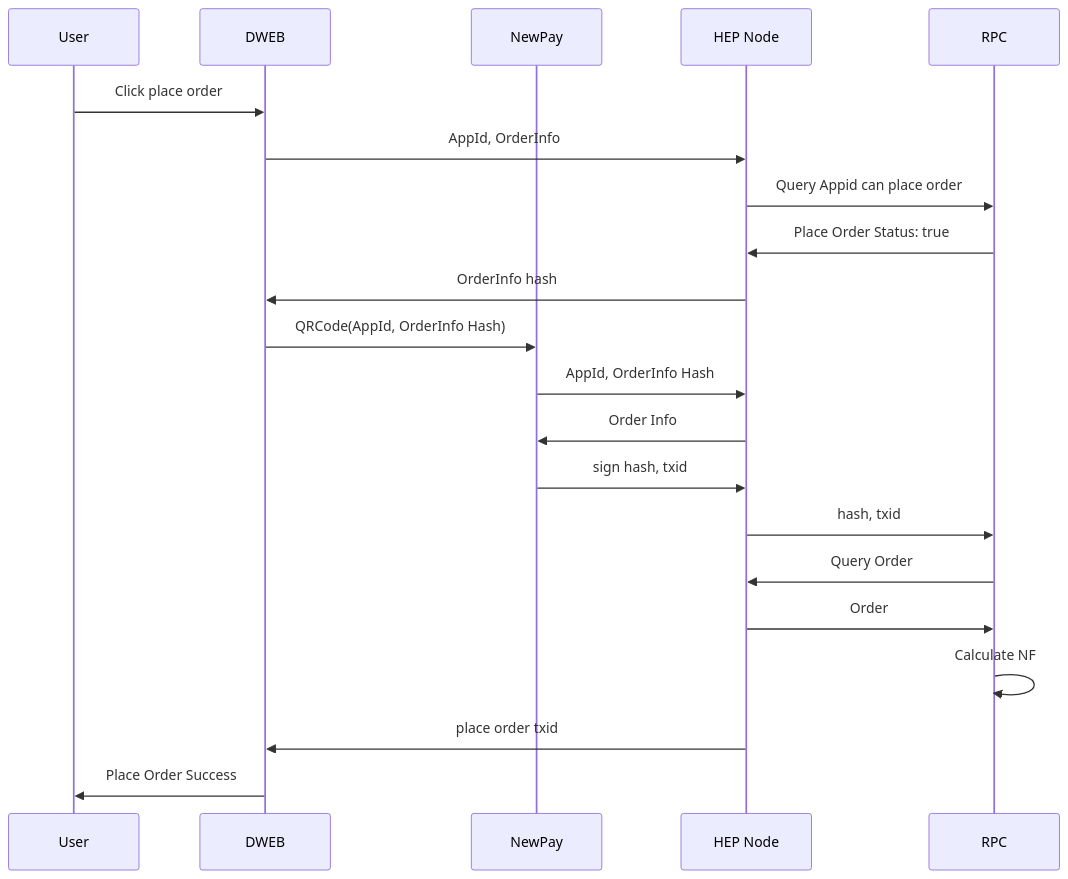
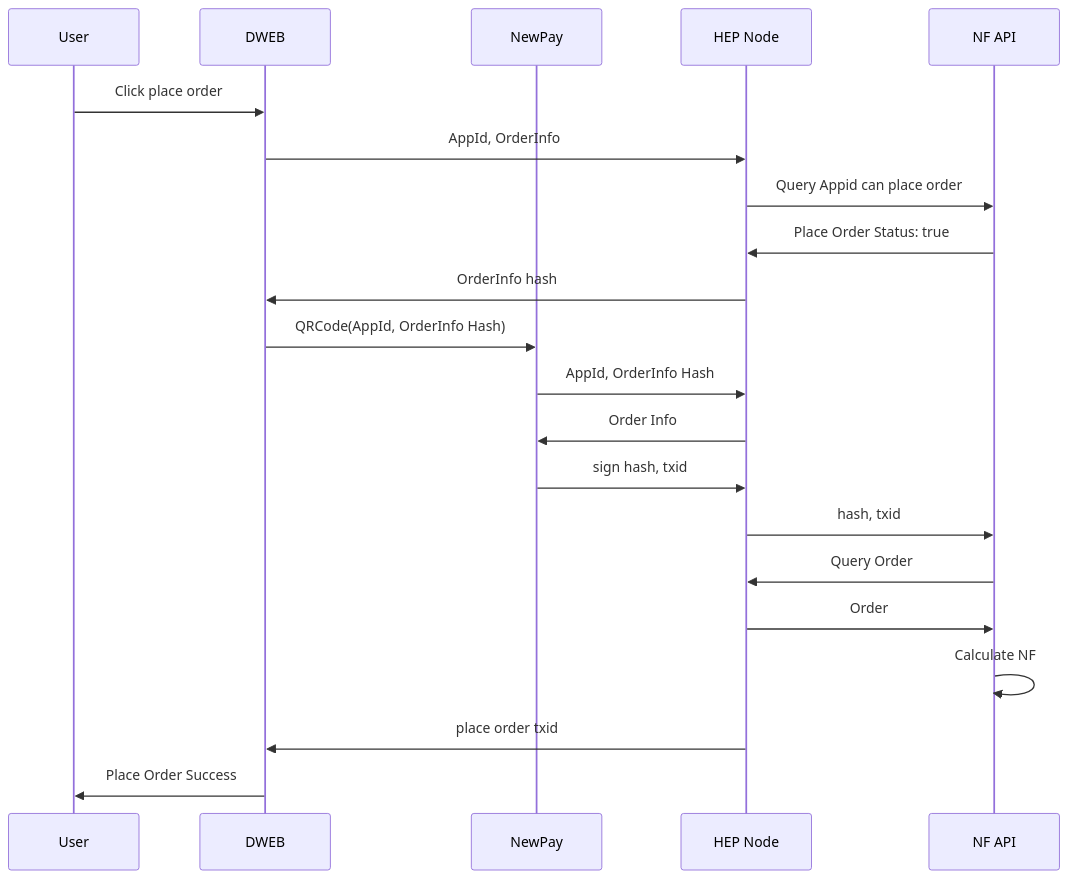
Before and after one commit to newtonproject/HEP-specification: the third of 3 diagrams in hep-node/DWEB.md, drawn with Mermaid.

````diff
--- a/hep-node/DWEB.md
+++ b/hep-node/DWEB.md
@@ -33,23 +33,23 @@
 ```mermaid
 sequenceDiagram;
 	participant User;
 	participant DWEB;
 	participant NewPay;
 	participant HEP Node;
-	participant RPC;
+	participant NF API;
 	User->>DWEB:Click place order;
 	DWEB->>HEP Node:AppId, OrderInfo;
-	HEP Node->>RPC:Query Appid can place order;
-	RPC->>HEP Node:Place Order Status: true;
+	HEP Node->>NF API:Query Appid can place order;
+	NF API->>HEP Node:Place Order Status: true;
 	HEP Node->>DWEB: OrderInfo hash;
 	DWEB->>NewPay: QRCode(AppId, OrderInfo Hash)
 	NewPay->> HEP Node:AppId, OrderInfo Hash;
 	HEP Node->>NewPay:Order Info;
 	NewPay->>HEP Node:sign hash, txid;
-	HEP Node->>RPC:hash, txid;
-	RPC->>HEP Node:Query Order;
-	HEP Node->>RPC:Order;
-	RPC->>RPC: Calculate NF;
+	HEP Node->>NF API:hash, txid;
+	NF API->>HEP Node:Query Order;
+	HEP Node->>NF API:Order;
+	NF API->>NF API: Calculate NF;
 	HEP Node->>DWEB:place order txid;
 	DWEB->>User:Place Order Success;
 ```
````
